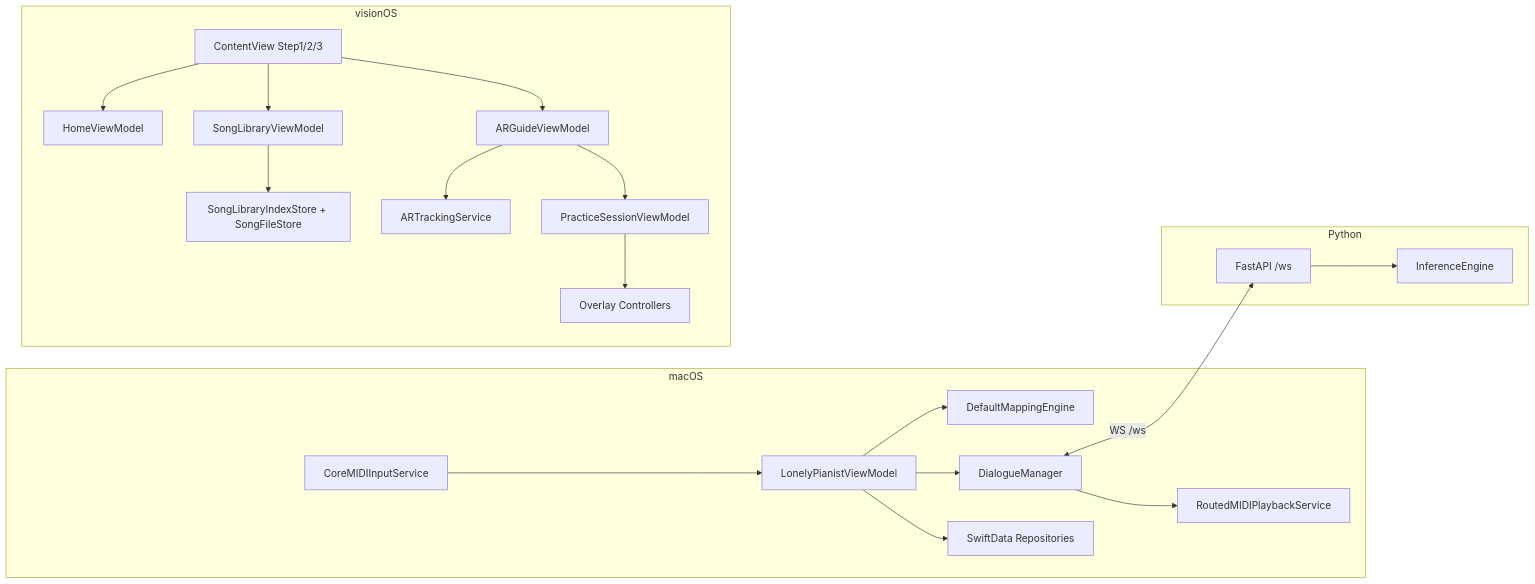
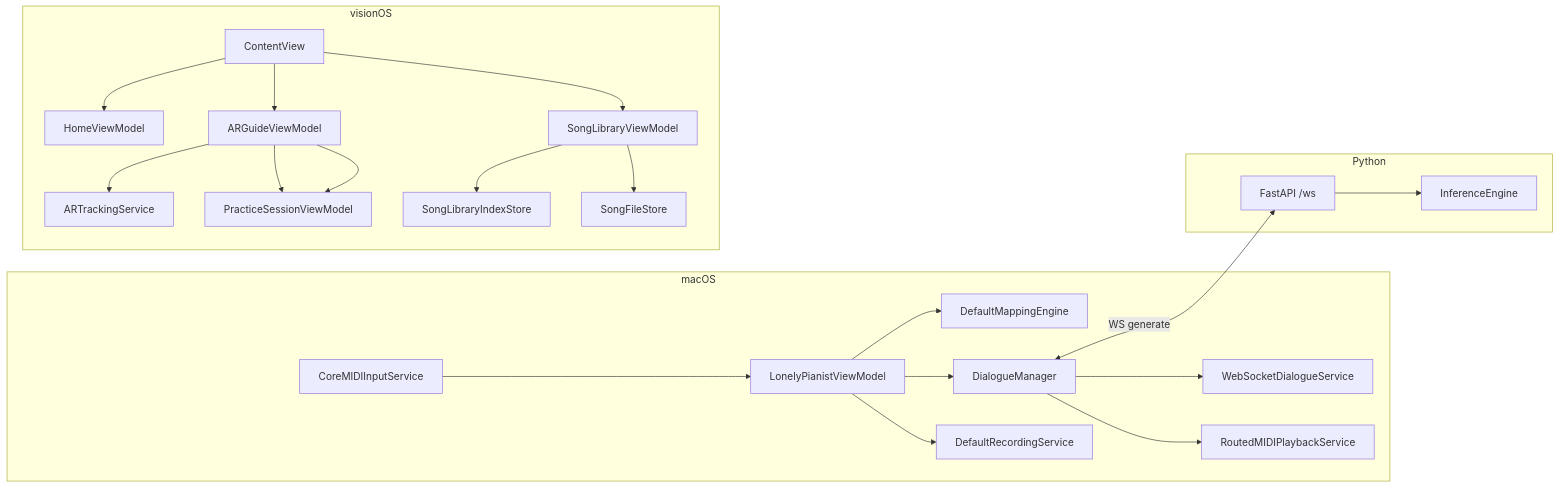
One commit to chiimagnus/LonelyPianist changed the diagram in .github/deepwiki/architecture.md. Above: the diagram before and after it, drawn with Mermaid. The commit also changed other lines of this file and 27 other files, not shown here.

````diff
--- a/.github/deepwiki/architecture.md
+++ b/.github/deepwiki/architecture.md
@@ -34,26 +24,28 @@
 ```mermaid
 flowchart LR
-  subgraph MAC[macOS]
-    M1[CoreMIDIInputService] --> M2[LonelyPianistViewModel]
-    M2 --> M3[DefaultMappingEngine]
-    M2 --> M4[DialogueManager]
-    M4 --> M5[RoutedMIDIPlaybackService]
-    M2 --> M6[SwiftData Repositories]
+  subgraph macOS
+    A[CoreMIDIInputService] --> B[LonelyPianistViewModel]
+    B --> C[DefaultMappingEngine]
+    B --> D[DialogueManager]
+    B --> E[DefaultRecordingService]
+    D --> F[WebSocketDialogueService]
+    D --> G[RoutedMIDIPlaybackService]
   end
 
-  subgraph AVP[visionOS]
-    V0[ContentView Step1/2/3] --> V1[HomeViewModel]
-    V0 --> V2[SongLibraryViewModel]
-    V0 --> V3[ARGuideViewModel]
-    V2 --> V4[SongLibraryIndexStore + SongFileStore]
-    V3 --> V5[ARTrackingService]
-    V3 --> V6[PracticeSessionViewModel]
-    V6 --> V7[Overlay Controllers]
+  subgraph visionOS
+    H[ContentView] --> I[HomeViewModel]
+    H --> J[SongLibraryViewModel]
+    H --> K[ARGuideViewModel]
+    K --> L[ARTrackingService]
+    K --> M[PracticeSessionViewModel]
+    J --> N[SongLibraryIndexStore]
+    J --> O[SongFileStore]
   end
 
-  subgraph PY[Python]
-    P1[FastAPI /ws] --> P2[InferenceEngine]
+  subgraph Python
+    P[FastAPI /ws] --> Q[InferenceEngine]
   end
 
-  M4 <-->|WS /ws| P1
+  D <-->|WS generate| P
+  K --> M
 ```
````
